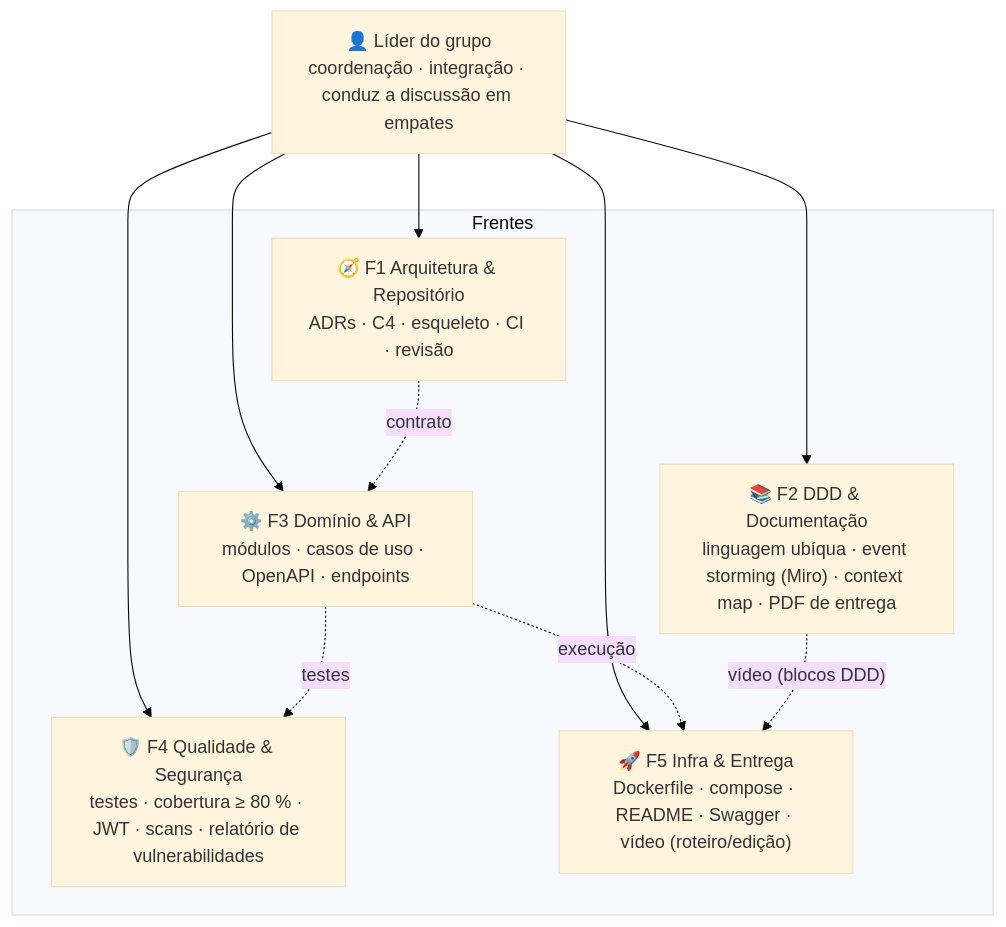
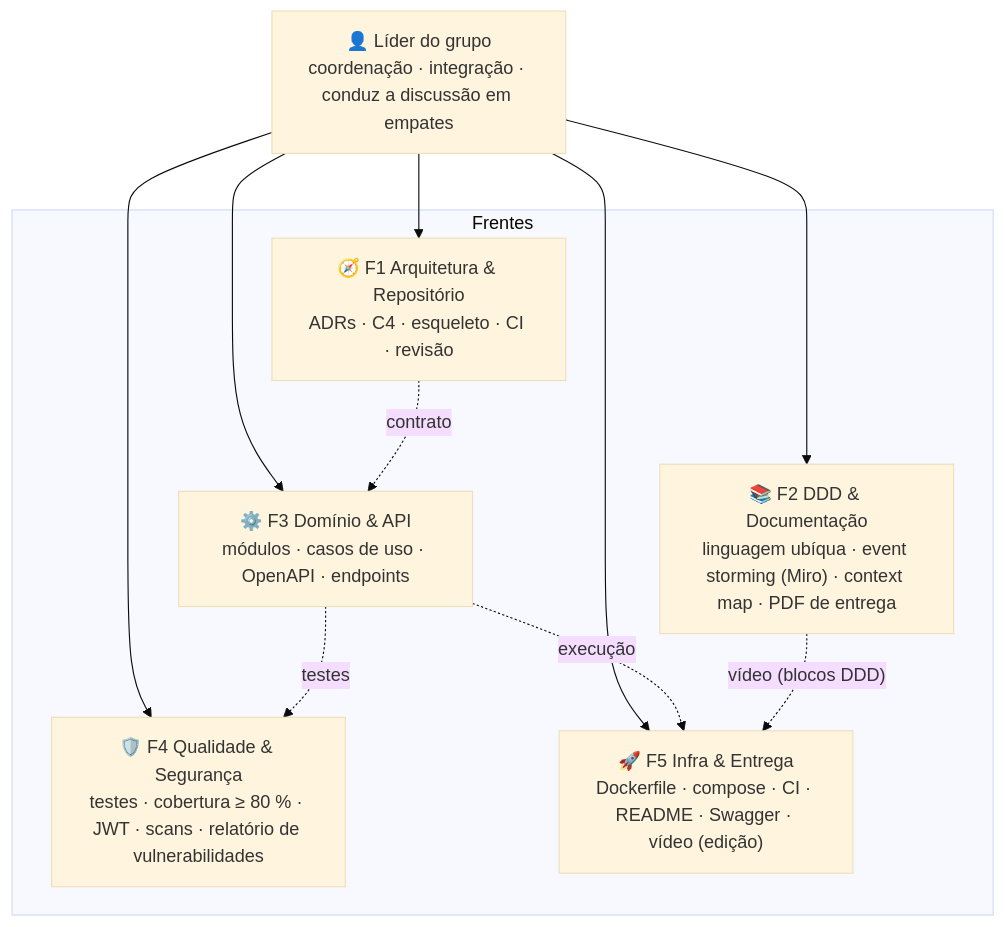
The first of 2 diagrams in docs/00-guia-do-grupo/frentes-e-responsabilidades.md (HermandoThiago/FIAP-SOAT), drawn with Mermaid (base theme) before and after one commit. The commit also changed other lines of this file and 42 other files, not shown here.

````diff
--- a/docs/00-guia-do-grupo/frentes-e-responsabilidades.md
+++ b/docs/00-guia-do-grupo/frentes-e-responsabilidades.md
@@ -22,20 +22,20 @@
 ```mermaid
 flowchart TB
     L["👤 Líder do grupo<br/>coordenação · integração · conduz a discussão em empates"]
     L --> F1
     L --> F2
     L --> F3
     L --> F4
     L --> F5
     subgraph Frentes
         F1["🧭 F1 Arquitetura & Repositório<br/>ADRs · C4 · esqueleto · CI · revisão"]
         F2["📚 F2 DDD & Documentação<br/>linguagem ubíqua · event storming (Miro) · context map · PDF de entrega"]
         F3["⚙️ F3 Domínio & API<br/>módulos · casos de uso · OpenAPI · endpoints"]
         F4["🛡️ F4 Qualidade & Segurança<br/>testes · cobertura ≥ 80 % · JWT · scans · relatório de vulnerabilidades"]
-        F5["🚀 F5 Infra & Entrega<br/>Dockerfile · compose · README · Swagger · vídeo (roteiro/edição)"]
+        F5["🚀 F5 Infra & Entrega<br/>Dockerfile · compose · CI · README · Swagger · vídeo (edição)"]
     end
     F1 -. "contrato" .-> F3
     F3 -. "testes" .-> F4
     F3 -. "execução" .-> F5
     F2 -. "vídeo (blocos DDD)" .-> F5
 ```
````
